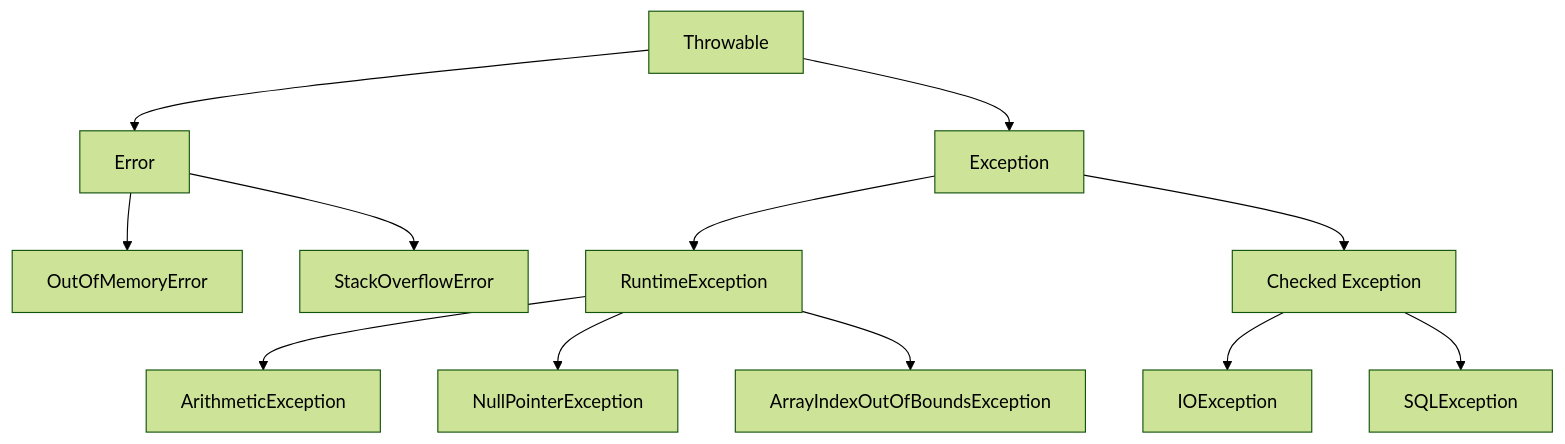
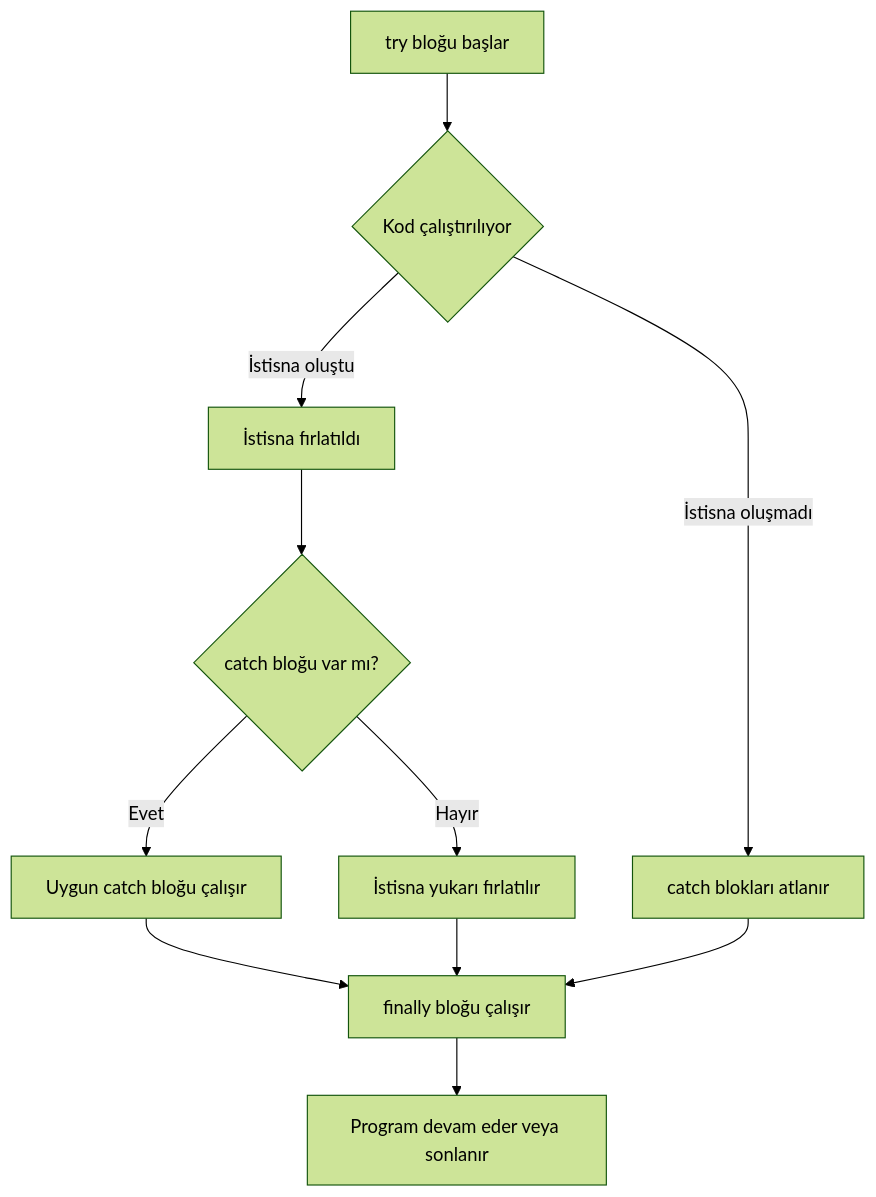
One commit to bmdersleri/bookMaker changed the second of 5 diagrams in chapters/bolum-15/draft_versions/v001.md. Above: the diagram before and after it, drawn with Mermaid (forest theme). The commit also changed other lines of this file and 31 other files, not shown here.

````diff
--- a/chapters/bolum-15/draft_versions/v001.md
+++ b/chapters/bolum-15/draft_versions/v001.md
@@ -64,14 +152,13 @@
 ```mermaid
-graph TD
-    A[Throwable] --> B[Error]
-    A --> C[Exception]
-    B --> D[OutOfMemoryError]
-    B --> E[StackOverflowError]
-    C --> F[RuntimeException]
-    C --> G[Checked Exception]
-    F --> H[ArithmeticException]
-    F --> I[NullPointerException]
-    F --> J[ArrayIndexOutOfBoundsException]
-    G --> K[IOException]
-    G --> L[SQLException]
+flowchart TD
+    A[try bloğu başlar] --> B{Kod çalıştırılıyor}
+    B -->|İstisna oluştu| C[İstisna fırlatıldı]
+    B -->|İstisna oluşmadı| D[catch blokları atlanır]
+    C --> E{catch bloğu var mı?}
+    E -->|Evet| F[Uygun catch bloğu çalışır]
+    E -->|Hayır| G[İstisna yukarı fırlatılır]
+    F --> H[finally bloğu çalışır]
+    D --> H
+    G --> H
+    H --> I[Program devam eder veya sonlanır]
 ```
````
